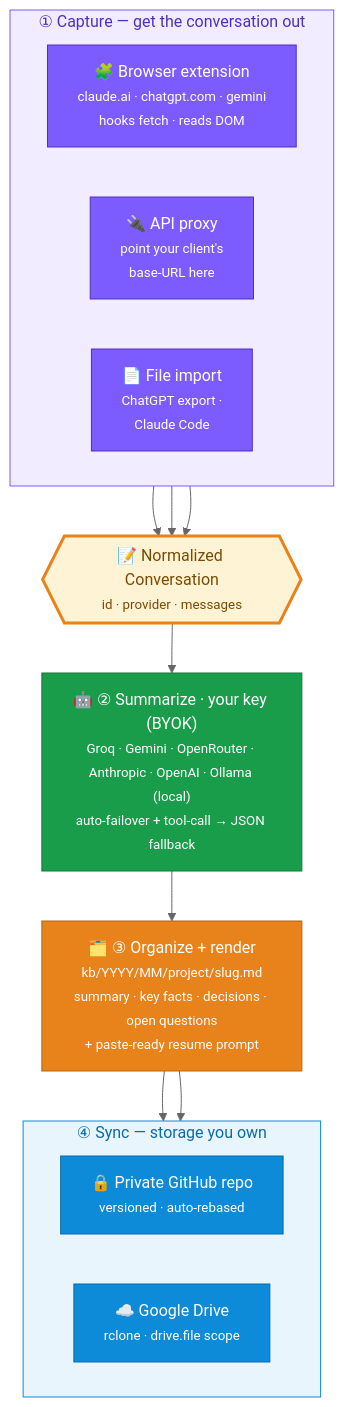
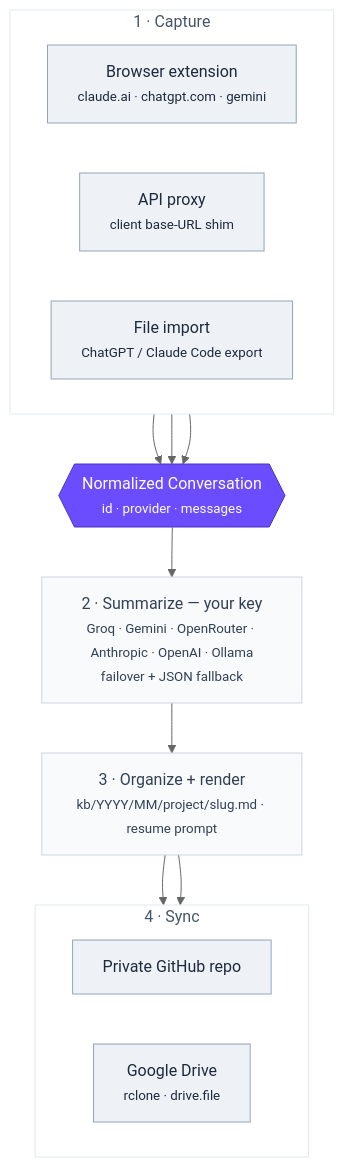
Before and after one commit to Sufian-Abu/engram: the diagram in README.md, drawn with Mermaid (neutral theme). The commit also changed other lines of this file, not shown here.

Commit message:
README: cleaner badges, professional comparison + muted architecture diagram
- Swap the 'no releases found' release badge for a static version badge; pin
  CI badge to the master branch.
- Rewrite 'How it compares' as a descriptive, professional table (no ✅/❌
  emoji grid) with a plain-language takeaway.
- Recolor the architecture diagram with a muted, professional palette (neutral
  slate boxes, single accent for the hub, no emoji) and drop the color-name
  references in the caption.
- Convert the engram-definition blockquote to an italic line so the [!NOTE]
  callout renders as its own alert.

````diff
--- a/README.md
+++ b/README.md
@@ -65,43 +66,41 @@
 ```mermaid
 flowchart TD
-    subgraph CAP["① Capture — get the conversation out"]
+    subgraph CAP["1 · Capture"]
         direction LR
-        EXT["🧩 Browser extension<br/><small>claude.ai · chatgpt.com · gemini<br/>hooks fetch · reads DOM</small>"]
-        PROXY["🔌 API proxy<br/><small>point your client's<br/>base-URL here</small>"]
-        FILES["📄 File import<br/><small>ChatGPT export ·<br/>Claude Code</small>"]
+        EXT["Browser extension<br/><small>claude.ai · chatgpt.com · gemini</small>"]
+        PROXY["API proxy<br/><small>client base-URL shim</small>"]
+        FILES["File import<br/><small>ChatGPT / Claude Code export</small>"]
     end
 
-    CONV{{"📝 Normalized Conversation<br/><small>id · provider · messages</small>"}}
+    CONV{{"Normalized Conversation<br/><small>id · provider · messages</small>"}}
 
-    SUM["🤖 ② Summarize · your key (BYOK)<br/><small>Groq · Gemini · OpenRouter · Anthropic · OpenAI · Ollama (local)<br/>auto-failover + tool-call → JSON fallback</small>"]
+    SUM["2 · Summarize — your key<br/><small>Groq · Gemini · OpenRouter · Anthropic · OpenAI · Ollama<br/>failover + JSON fallback</small>"]
 
-    NOTE["🗂️ ③ Organize + render<br/><small>kb/YYYY/MM/project/slug.md<br/>summary · key facts · decisions · open questions<br/>+ paste-ready resume prompt</small>"]
+    NOTE["3 · Organize + render<br/><small>kb/YYYY/MM/project/slug.md · resume prompt</small>"]
 
-    subgraph SYNC["④ Sync — storage you own"]
+    subgraph SYNC["4 · Sync"]
         direction LR
-        GIT["🔒 Private GitHub repo<br/><small>versioned · auto-rebased</small>"]
-        DRIVE["☁️ Google Drive<br/><small>rclone · drive.file scope</small>"]
+        GIT["Private GitHub repo"]
+        DRIVE["Google Drive<br/><small>rclone · drive.file</small>"]
     end
 
     EXT --> CONV
     PROXY --> CONV
     FILES --> CONV
     CONV --> SUM --> NOTE
     NOTE --> GIT
     NOTE --> DRIVE
 
-    classDef capnode fill:#7c5cff,stroke:#4a32c0,color:#fff
-    classDef hub fill:#fff3d6,stroke:#e8821a,color:#7a4a00,stroke-width:3px
-    classDef sumnode fill:#1a9d4a,stroke:#117a37,color:#fff
-    classDef orgnode fill:#e8821a,stroke:#b8650f,color:#fff
-    classDef stonode fill:#0d8bd9,stroke:#0a6ba8,color:#fff
+    classDef src fill:#eef2f7,stroke:#94a3b8,color:#1e293b
+    classDef hub fill:#6b4cff,stroke:#4a32c0,color:#ffffff
+    classDef step fill:#f8fafc,stroke:#cbd5e1,color:#334155
+    classDef store fill:#eef2f7,stroke:#94a3b8,color:#1e293b
 
-    class EXT,PROXY,FILES capnode
+    class EXT,PROXY,FILES src
     class CONV hub
-    class SUM sumnode
-    class NOTE orgnode
-    class GIT,DRIVE stonode
+    class SUM,NOTE step
+    class GIT,DRIVE store
 
-    style CAP fill:#f1ecff,stroke:#7c5cff,color:#4a32c0
-    style SYNC fill:#e8f5fd,stroke:#0d8bd9,color:#0a6ba8
+    style CAP fill:#ffffff,stroke:#e2e8f0,color:#475569
+    style SYNC fill:#ffffff,stroke:#e2e8f0,color:#475569
 ```
````
